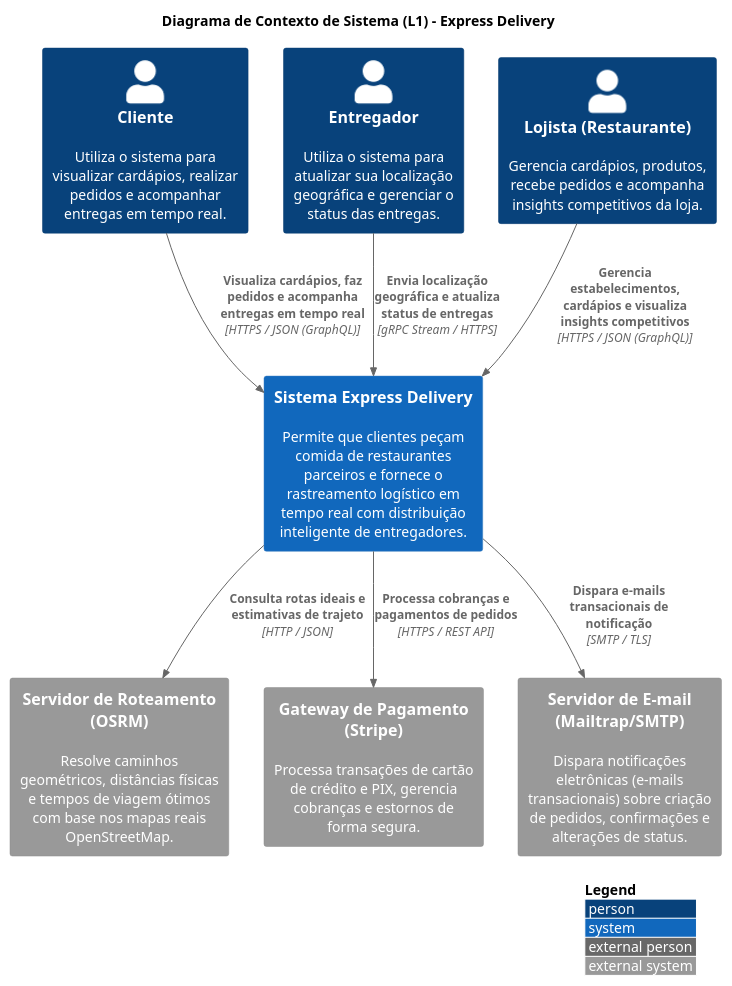
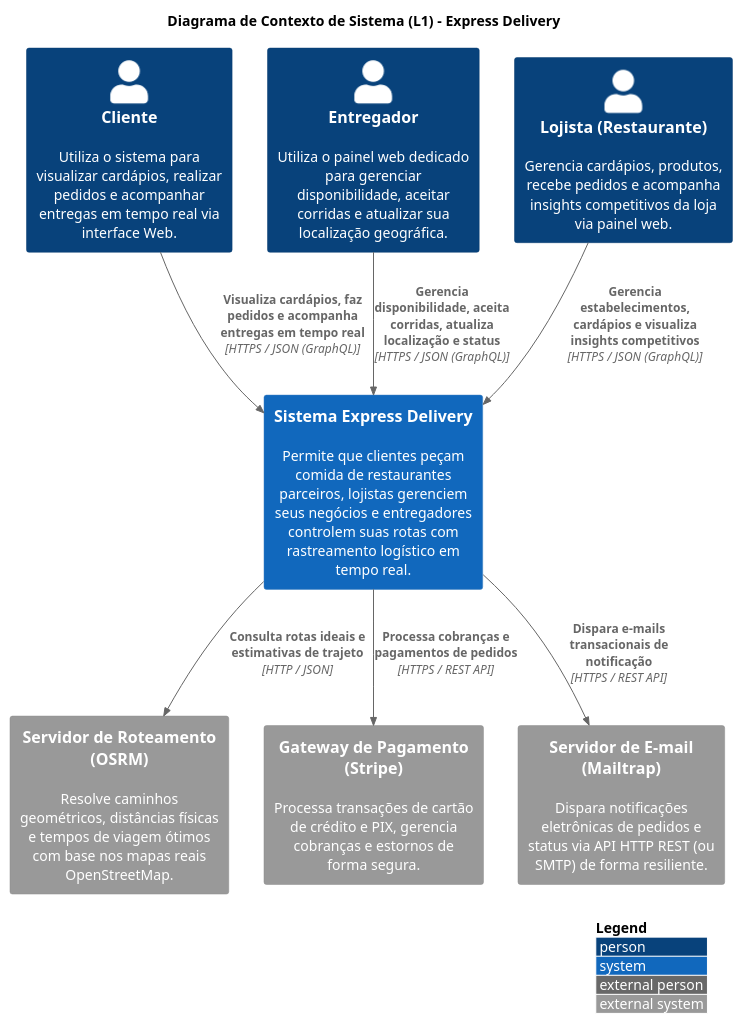
One commit to arthurair3s/arquitetura-de-software changed the diagram in docs/diagramas/c1/c4_l1_context.puml. Above: the diagram before and after it, drawn with PlantUML. The commit also changed 6 other files, not shown here.

Commit message:
docs: update C4 diagrams (C1, C2, C3) in markdown and plantuml, update README.md with driver app and roadmap

```diff
--- a/docs/diagramas/c1/c4_l1_context.puml
+++ b/docs/diagramas/c1/c4_l1_context.puml
@@ -1,37 +1,37 @@
 @startuml C4_L1_System_Context
 !include https://raw.githubusercontent.com/plantuml-stdlib/C4-PlantUML/master/C4_Context.puml
 
 LAYOUT_WITH_LEGEND()
 
 title Diagrama de Contexto de Sistema (L1) - Express Delivery
 
 ' -------------------------------------------------------------
 ' ATORES / PESSOAS
 ' -------------------------------------------------------------
-Person(cliente, "Cliente", "Utiliza o sistema para visualizar cardápios, realizar pedidos e acompanhar entregas em tempo real.")
-Person(entregador, "Entregador", "Utiliza o sistema para atualizar sua localização geográfica e gerenciar o status das entregas.")
-Person(lojista, "Lojista (Restaurante)", "Gerencia cardápios, produtos, recebe pedidos e acompanha insights competitivos da loja.")
+Person(cliente, "Cliente", "Utiliza o sistema para visualizar cardápios, realizar pedidos e acompanhar entregas em tempo real via interface Web.")
+Person(entregador, "Entregador", "Utiliza o painel web dedicado para gerenciar disponibilidade, aceitar corridas e atualizar sua localização geográfica.")
+Person(lojista, "Lojista (Restaurante)", "Gerencia cardápios, produtos, recebe pedidos e acompanha insights competitivos da loja via painel web.")
 
 ' -------------------------------------------------------------
 ' SISTEMA PRINCIPAL
 ' -------------------------------------------------------------
-System(express_delivery, "Sistema Express Delivery", "Permite que clientes peçam comida de restaurantes parceiros e fornece o rastreamento logístico em tempo real com distribuição inteligente de entregadores.")
+System(express_delivery, "Sistema Express Delivery", "Permite que clientes peçam comida de restaurantes parceiros, lojistas gerenciem seus negócios e entregadores controlem suas rotas com rastreamento logístico em tempo real.")
 
 ' -------------------------------------------------------------
 ' SISTEMAS EXTERNOS / DEPENDÊNCIAS
 ' -------------------------------------------------------------
 System_Ext(osrm_server, "Servidor de Roteamento (OSRM)", "Resolve caminhos geométricos, distâncias físicas e tempos de viagem ótimos com base nos mapas reais OpenStreetMap.")
 System_Ext(stripe, "Gateway de Pagamento (Stripe)", "Processa transações de cartão de crédito e PIX, gerencia cobranças e estornos de forma segura.")
-System_Ext(mailtrap, "Servidor de E-mail (Mailtrap/SMTP)", "Dispara notificações eletrônicas (e-mails transacionais) sobre criação de pedidos, confirmações e alterações de status.")
+System_Ext(mailtrap, "Servidor de E-mail (Mailtrap)", "Dispara notificações eletrônicas de pedidos e status via API HTTP REST (ou SMTP) de forma resiliente.")
 
 ' -------------------------------------------------------------
 ' RELACIONAMENTOS
 ' -------------------------------------------------------------
 Rel(cliente, express_delivery, "Visualiza cardápios, faz pedidos e acompanha entregas em tempo real", "HTTPS / JSON (GraphQL)")
-Rel(entregador, express_delivery, "Envia localização geográfica e atualiza status de entregas", "gRPC Stream / HTTPS")
+Rel(entregador, express_delivery, "Gerencia disponibilidade, aceita corridas, atualiza localização e status", "HTTPS / JSON (GraphQL)")
 Rel(lojista, express_delivery, "Gerencia estabelecimentos, cardápios e visualiza insights competitivos", "HTTPS / JSON (GraphQL)")
 Rel(express_delivery, osrm_server, "Consulta rotas ideais e estimativas de trajeto", "HTTP / JSON")
 Rel(express_delivery, stripe, "Processa cobranças e pagamentos de pedidos", "HTTPS / REST API")
-Rel(express_delivery, mailtrap, "Dispara e-mails transacionais de notificação", "SMTP / TLS")
+Rel(express_delivery, mailtrap, "Dispara e-mails transacionais de notificação", "HTTPS / REST API")
 
 @enduml
```
